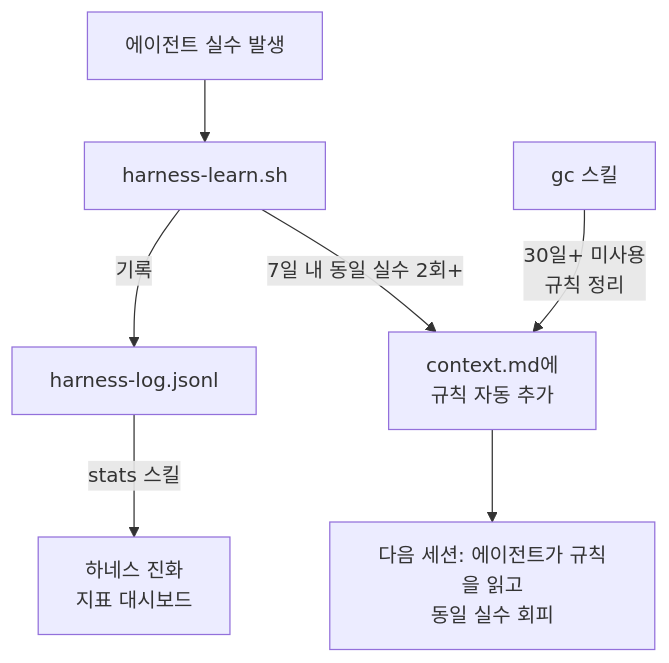
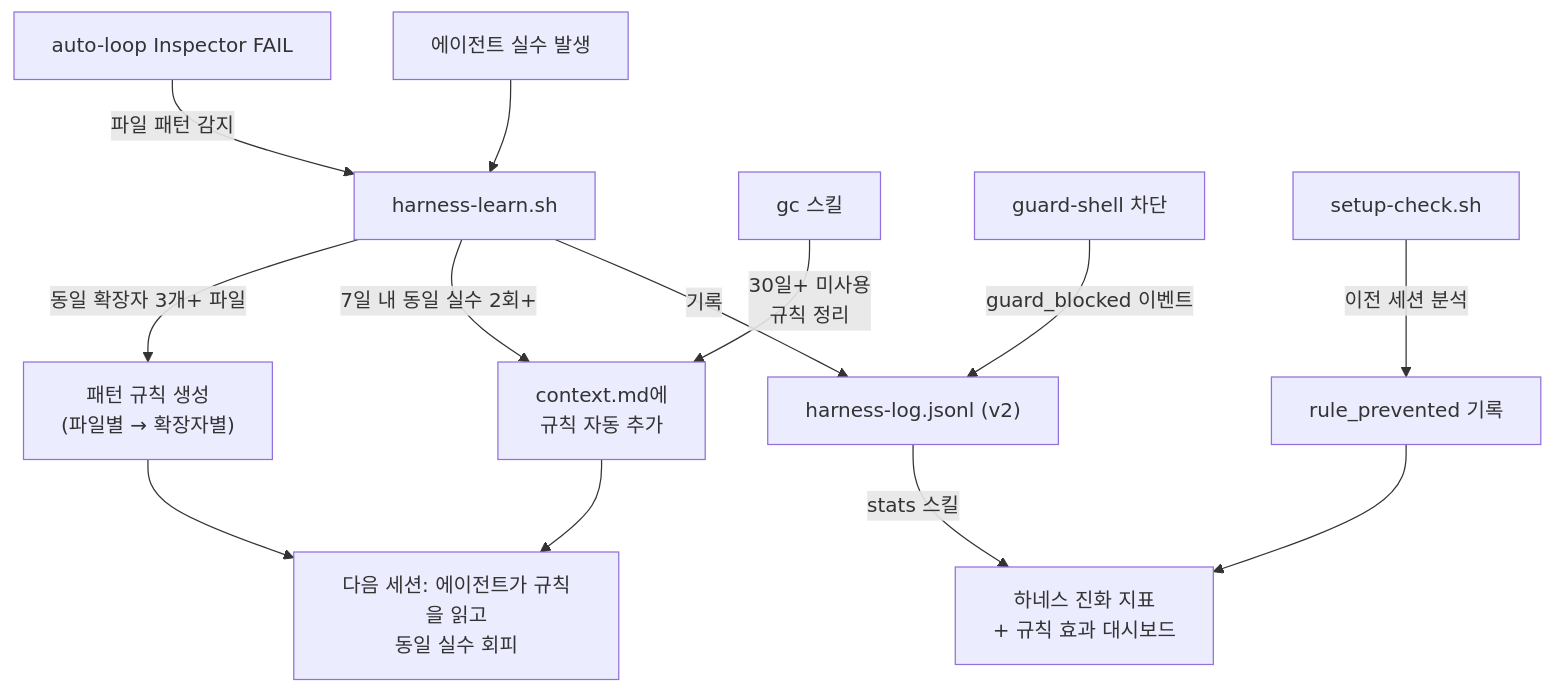
One commit to Jimmy-Jung/ai-symbiote changed the third of 4 diagrams in README.md. Above: the diagram before and after it, drawn with Mermaid. The commit also changed other lines of this file and 1 other file, not shown here.

First line of the commit message:
docs: update README harness diagram + add AI startup strategy doc

````diff
--- a/README.md
+++ b/README.md
@@ -60,9 +61,15 @@
 ```mermaid
 flowchart TD
     A["에이전트 실수 발생"] --> B["harness-learn.sh"]
-    B -->|"기록"| C["harness-log.jsonl"]
+    B -->|"기록"| C["harness-log.jsonl (v2)"]
     B -->|"7일 내 동일 실수 2회+"| D["context.md에<br/>규칙 자동 추가"]
+    B -->|"동일 확장자 3개+ 파일"| D2["패턴 규칙 생성<br/>(파일별 → 확장자별)"]
     D --> E["다음 세션: 에이전트가 규칙을 읽고<br/>동일 실수 회피"]
+    D2 --> E
     F["gc 스킬"] -->|"30일+ 미사용<br/>규칙 정리"| D
-    C -->|"stats 스킬"| G["하네스 진화<br/>지표 대시보드"]
+    C -->|"stats 스킬"| G["하네스 진화 지표<br/>+ 규칙 효과 대시보드"]
+    H["auto-loop Inspector FAIL"] -->|"파일 패턴 감지"| B
+    I["guard-shell 차단"] -->|"guard_blocked 이벤트"| C
+    J["setup-check.sh"] -->|"이전 세션 분석"| K["rule_prevented 기록"]
+    K --> G
 ```
````
